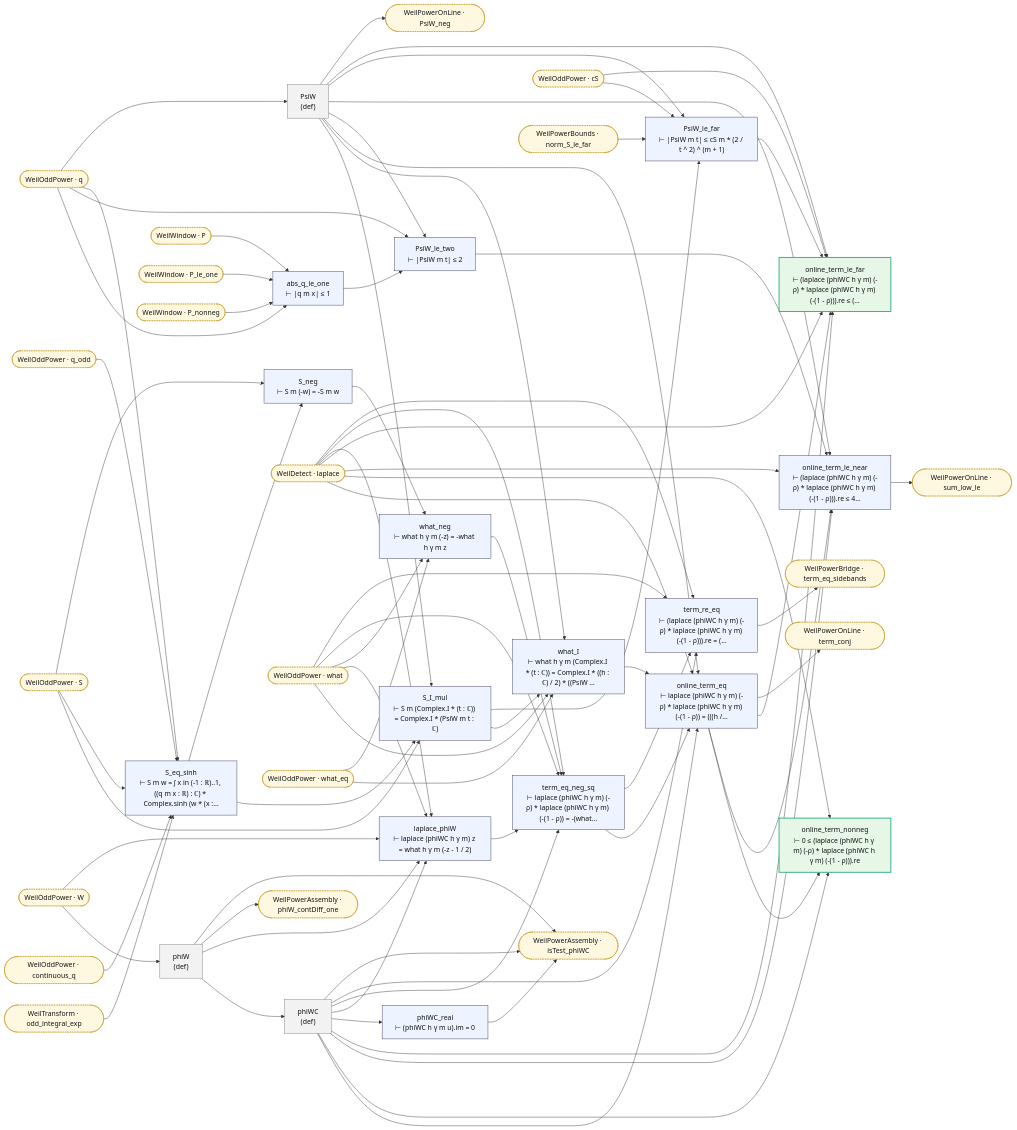
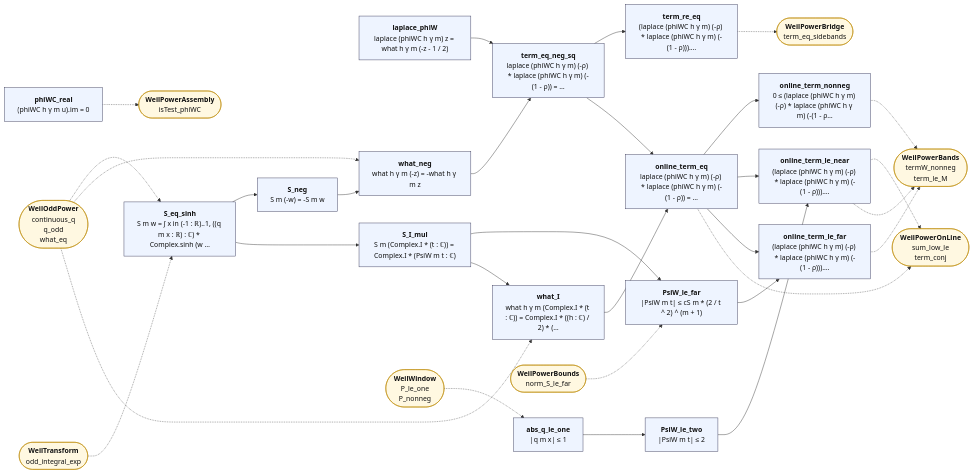
One commit to juliansambranojr/Primebeat_081426 changed the diagram in map/lean_stage3/WeilPowerBackground.md. Above: the diagram before and after it, drawn with Mermaid. The commit also changed other lines of this file and 387 other files, not shown here.

````diff
--- a/map/lean_stage3/WeilPowerBackground.md
+++ b/map/lean_stage3/WeilPowerBackground.md
@@ -8,121 +12,61 @@
 ```mermaid
 flowchart LR
-  n0["phiW<br/>(def)"]:::dfn
-  n1["phiWC<br/>(def)"]:::dfn
-  n2["phiWC_real<br/>⊢ (phiWC h γ m u).im = 0"]:::thm
-  n3["laplace_phiW<br/>⊢ laplace (phiWC h γ m) z = what h γ m (-z - 1 / 2)"]:::thm
-  n4["S_eq_sinh<br/>⊢ S m w = ∫ x in (-1 : ℝ)..1, ((q m x : ℝ) : ℂ) * Complex.sinh (w * (x :…"]:::thm
-  n5["S_neg<br/>⊢ S m (-w) = -S m w"]:::thm
-  n6["what_neg<br/>⊢ what h γ m (-z) = -what h γ m z"]:::thm
-  n7["term_eq_neg_sq<br/>⊢ laplace (phiWC h γ m) (-ρ) * laplace (phiWC h γ m) (-(1 - ρ)) = -(what…"]:::thm
-  n8["term_re_eq<br/>⊢ (laplace (phiWC h γ m) (-ρ) * laplace (phiWC h γ m) (-(1 - ρ))).re = (…"]:::thm
-  n9["PsiW<br/>(def)"]:::dfn
-  n10["S_I_mul<br/>⊢ S m (Complex.I * (t : ℂ)) = Complex.I * (PsiW m t : ℂ)"]:::thm
-  n11["what_I<br/>⊢ what h γ m (Complex.I * (t : ℂ)) = Complex.I * ((h : ℂ) / 2) * ((PsiW …"]:::thm
-  n12["online_term_eq<br/>⊢ laplace (phiWC h γ m) (-ρ) * laplace (phiWC h γ m) (-(1 - ρ)) = (((h /…"]:::thm
-  n13["online_term_nonneg<br/>⊢ 0 ≤ (laplace (phiWC h γ m) (-ρ) * laplace (phiWC h γ m) (-(1 - ρ))).re"]:::end_
-  n14["abs_q_le_one<br/>⊢ |q m x| ≤ 1"]:::thm
-  n15["PsiW_le_two<br/>⊢ |PsiW m t| ≤ 2"]:::thm
-  n16["online_term_le_near<br/>⊢ (laplace (phiWC h γ m) (-ρ) * laplace (phiWC h γ m) (-(1 - ρ))).re ≤ 4…"]:::thm
-  n17["PsiW_le_far<br/>⊢ |PsiW m t| ≤ cS m * (2 / t ^ 2) ^ (m + 1)"]:::thm
-  n18["online_term_le_far<br/>⊢ (laplace (phiWC h γ m) (-ρ) * laplace (phiWC h γ m) (-(1 - ρ))).re ≤ (…"]:::end_
-  x0(["WeilDetect · laplace"]):::ext
-  x1(["WeilOddPower · S"]):::ext
-  x2(["WeilOddPower · W"]):::ext
-  x3(["WeilOddPower · cS"]):::ext
-  x4(["WeilOddPower · continuous_q"]):::ext
-  x5(["WeilOddPower · q"]):::ext
-  x6(["WeilOddPower · q_odd"]):::ext
-  x7(["WeilOddPower · what"]):::ext
-  x8(["WeilOddPower · what_eq"]):::ext
-  x9(["WeilPowerAssembly · isTest_phiWC"]):::ext
-  x10(["WeilPowerAssembly · phiW_contDiff_one"]):::ext
-  x11(["WeilPowerBounds · norm_S_le_far"]):::ext
-  x12(["WeilPowerBridge · term_eq_sidebands"]):::ext
-  x13(["WeilPowerOnLine · PsiW_neg"]):::ext
-  x14(["WeilPowerOnLine · sum_low_le"]):::ext
-  x15(["WeilPowerOnLine · term_conj"]):::ext
-  x16(["WeilTransform · odd_integral_exp"]):::ext
-  x17(["WeilWindow · P"]):::ext
-  x18(["WeilWindow · P_le_one"]):::ext
-  x19(["WeilWindow · P_nonneg"]):::ext
-  n0 --> n1
-  n0 --> n3
-  n0 --> x10
-  n0 --> x9
-  n1 --> n12
-  n1 --> n13
-  n1 --> n16
-  n1 --> n18
-  n1 --> n2
-  n1 --> n3
-  n1 --> n7
-  n1 --> n8
-  n1 --> x9
-  n10 --> n11
-  n10 --> n17
+  n0["<b>phiWC_real</b><br/>(phiWC h γ m u).im = 0"]:::thm
+  n1["<b>laplace_phiW</b><br/>laplace (phiWC h γ m) z = what h γ m (-z - 1 / 2)"]:::thm
+  n2["<b>S_eq_sinh</b><br/>S m w = ∫ x in (-1 : ℝ)..1, ((q m x : ℝ) : ℂ) * Complex.sinh (w …"]:::thm
+  n3["<b>S_neg</b><br/>S m (-w) = -S m w"]:::thm
+  n4["<b>what_neg</b><br/>what h γ m (-z) = -what h γ m z"]:::thm
+  n5["<b>term_eq_neg_sq</b><br/>laplace (phiWC h γ m) (-ρ) * laplace (phiWC h γ m) (-(1 - ρ)) = …"]:::thm
+  n6["<b>term_re_eq</b><br/>(laplace (phiWC h γ m) (-ρ) * laplace (phiWC h γ m) (-(1 - ρ))).…"]:::thm
+  n7["<b>S_I_mul</b><br/>S m (Complex.I * (t : ℂ)) = Complex.I * (PsiW m t : ℂ)"]:::thm
+  n8["<b>what_I</b><br/>what h γ m (Complex.I * (t : ℂ)) = Complex.I * ((h : ℂ) / 2) * (…"]:::thm
+  n9["<b>online_term_eq</b><br/>laplace (phiWC h γ m) (-ρ) * laplace (phiWC h γ m) (-(1 - ρ)) = …"]:::thm
+  n10["<b>online_term_nonneg</b><br/>0 ≤ (laplace (phiWC h γ m) (-ρ) * laplace (phiWC h γ m) (-(1 - ρ…"]:::thm
+  n11["<b>abs_q_le_one</b><br/>|q m x| ≤ 1"]:::thm
+  n12["<b>PsiW_le_two</b><br/>|PsiW m t| ≤ 2"]:::thm
+  n13["<b>online_term_le_near</b><br/>(laplace (phiWC h γ m) (-ρ) * laplace (phiWC h γ m) (-(1 - ρ))).…"]:::thm
+  n14["<b>PsiW_le_far</b><br/>|PsiW m t| ≤ cS m * (2 / t ^ 2) ^ (m + 1)"]:::thm
+  n15["<b>online_term_le_far</b><br/>(laplace (phiWC h γ m) (-ρ) * laplace (phiWC h γ m) (-(1 - ρ))).…"]:::thm
+  x0(["<b>WeilPowerAssembly</b><br/>isTest_phiWC"]):::ext
+  x1(["<b>WeilOddPower</b><br/>continuous_q<br/>q_odd<br/>what_eq"]):::ext
+  x2(["<b>WeilTransform</b><br/>odd_integral_exp"]):::ext
+  x3(["<b>WeilPowerBridge</b><br/>term_eq_sidebands"]):::ext
+  x4(["<b>WeilPowerOnLine</b><br/>sum_low_le<br/>term_conj"]):::ext
+  x5(["<b>WeilPowerBands</b><br/>termW_nonneg<br/>term_le_M"]):::ext
+  x6(["<b>WeilWindow</b><br/>P_le_one<br/>P_nonneg"]):::ext
+  x7(["<b>WeilPowerBounds</b><br/>norm_S_le_far"]):::ext
+  n1 --> n5
   n11 --> n12
   n12 --> n13
-  n12 --> n16
-  n12 --> n18
-  n12 --> x15
   n14 --> n15
-  n15 --> n16
-  n16 --> x14
-  n17 --> n18
-  n2 --> x9
-  n3 --> n7
-  n4 --> n10
+  n2 --> n3
+  n2 --> n7
+  n3 --> n4
   n4 --> n5
   n5 --> n6
-  n6 --> n7
-  n7 --> n12
+  n5 --> n9
+  n7 --> n14
   n7 --> n8
-  n8 --> x12
+  n8 --> n9
   n9 --> n10
-  n9 --> n11
-  n9 --> n12
+  n9 --> n13
   n9 --> n15
-  n9 --> n16
-  n9 --> n17
-  n9 --> n18
-  n9 --> x13
-  x0 --> n12
-  x0 --> n13
-  x0 --> n16
-  x0 --> n18
-  x0 --> n3
-  x0 --> n7
-  x0 --> n8
-  x1 --> n10
-  x1 --> n4
-  x1 --> n5
-  x11 --> n17
-  x16 --> n4
-  x17 --> n14
-  x18 --> n14
-  x19 --> n14
-  x2 --> n0
-  x2 --> n3
-  x3 --> n17
-  x3 --> n18
-  x4 --> n4
-  x5 --> n14
-  x5 --> n15
-  x5 --> n4
-  x5 --> n9
-  x6 --> n4
-  x7 --> n11
-  x7 --> n3
-  x7 --> n6
-  x7 --> n7
-  x7 --> n8
-  x8 --> n11
-  x8 --> n6
+  n0 -.-> x0
+  n10 -.-> x5
+  n13 -.-> x4
+  n13 -.-> x5
+  n15 -.-> x5
+  n6 -.-> x3
+  n9 -.-> x4
+  x1 -.-> n2
+  x1 -.-> n4
+  x1 -.-> n8
+  x2 -.-> n2
+  x6 -.-> n11
+  x7 -.-> n14
   classDef thm fill:#eef4ff,stroke:#335,color:#111
-  classDef dfn fill:#f2f2f2,stroke:#777,color:#111
   classDef end_ fill:#e7f7e7,stroke:#2a7,color:#111,stroke-width:2px
   classDef lone fill:#fff,stroke:#999,color:#111,stroke-dasharray:4 3
   classDef bad fill:#ffe5e5,stroke:#c22,color:#111,stroke-width:2px
-  classDef ext fill:#fff8e1,stroke:#b80,color:#111,stroke-dasharray:2 2
+  classDef ext fill:#fff8e1,stroke:#b80,color:#111
 ```
````
